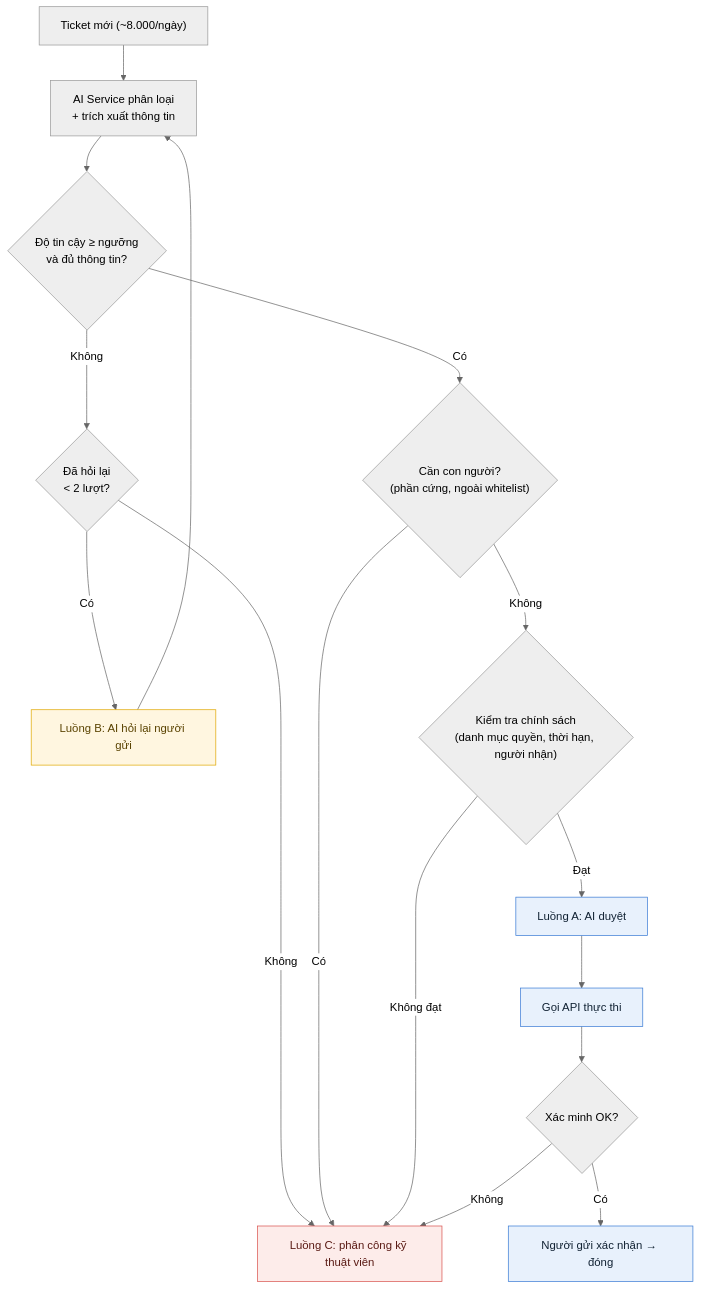
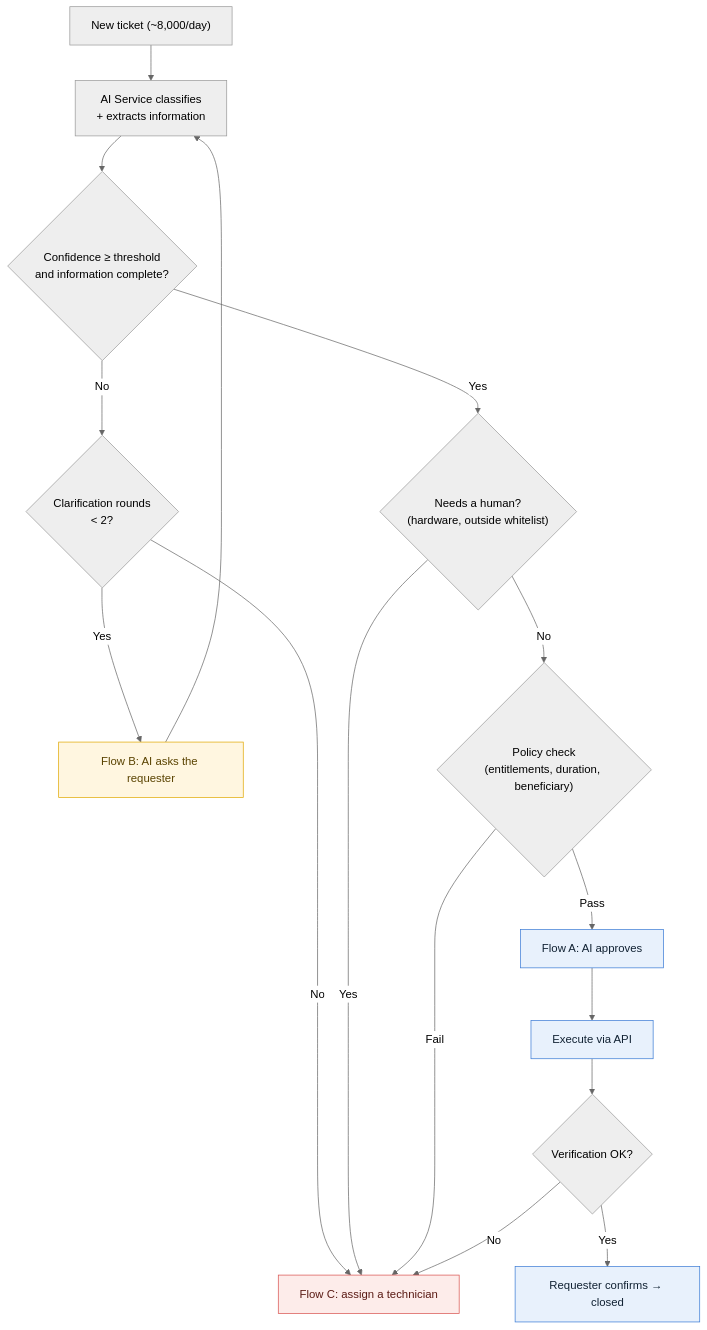
The first of 4 diagrams in docs/03-use-cases.md (Akaza-ban/Fable), drawn with Mermaid (neutral theme) before and after one commit. The commit also changed other lines of this file and 7 other files, not shown here.

````diff
--- a/docs/03-use-cases.md
+++ b/docs/03-use-cases.md
@@ -40,25 +40,25 @@
 ```mermaid
 flowchart TD
-    t["Ticket mới (~8.000/ngày)"] --> ai["AI Service phân loại<br/>+ trích xuất thông tin"]
-    ai --> conf{"Độ tin cậy ≥ ngưỡng<br/>và đủ thông tin?"}
-    conf -- "Không" --> ask{"Đã hỏi lại<br/>< 2 lượt?"}
-    ask -- "Có" --> b["Luồng B: AI hỏi lại người gửi"]
+    t["New ticket (~8,000/day)"] --> ai["AI Service classifies<br/>+ extracts information"]
+    ai --> conf{"Confidence ≥ threshold<br/>and information complete?"}
+    conf -- "No" --> ask{"Clarification rounds<br/>< 2?"}
+    ask -- "Yes" --> b["Flow B: AI asks the requester"]
     b --> ai
-    ask -- "Không" --> c
-    conf -- "Có" --> human{"Cần con người?<br/>(phần cứng, ngoài whitelist)"}
-    human -- "Có" --> c["Luồng C: phân công kỹ thuật viên"]
-    human -- "Không" --> policy{"Kiểm tra chính sách<br/>(danh mục quyền, thời hạn, người nhận)"}
-    policy -- "Không đạt" --> c
-    policy -- "Đạt" --> a["Luồng A: AI duyệt"]
-    a --> exec["Gọi API thực thi"]
-    exec --> verify{"Xác minh OK?"}
-    verify -- "Có" --> done["Người gửi xác nhận → đóng"]
-    verify -- "Không" --> c
+    ask -- "No" --> c
+    conf -- "Yes" --> human{"Needs a human?<br/>(hardware, outside whitelist)"}
+    human -- "Yes" --> c["Flow C: assign a technician"]
+    human -- "No" --> policy{"Policy check<br/>(entitlements, duration, beneficiary)"}
+    policy -- "Fail" --> c
+    policy -- "Pass" --> a["Flow A: AI approves"]
+    a --> exec["Execute via API"]
+    exec --> verify{"Verification OK?"}
+    verify -- "Yes" --> done["Requester confirms → closed"]
+    verify -- "No" --> c
 
     classDef auto fill:#e8f1fc,color:#123,stroke:#3a7bd5
     classDef human fill:#fdecea,color:#5a1a14,stroke:#d9534f
     classDef askc fill:#fff6e0,color:#5a4300,stroke:#e0a800
     class a,exec,done auto
     class c human
     class b askc
 ```
````
